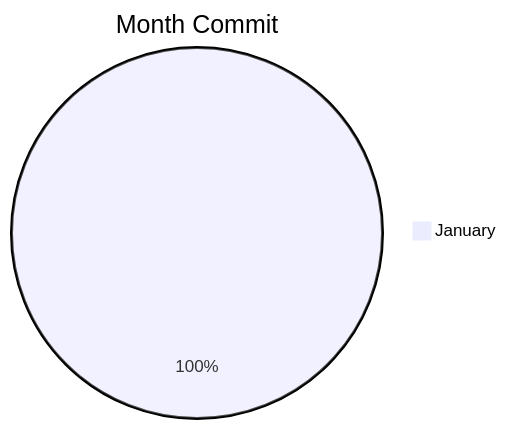
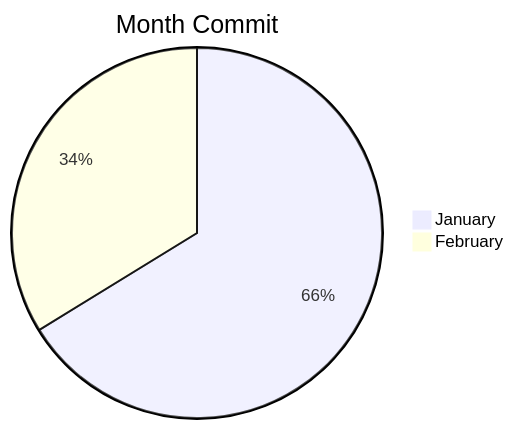
Before and after one commit to BackdevHong/WOC: the first of 2 diagrams in README.md, drawn with Mermaid. The commit also changed other lines of this file, not shown here.

````diff
--- a/README.md
+++ b/README.md
@@ -8,4 +9,5 @@
 ```mermaid
 pie title Month Commit
 "January" : 51
+"February" : 26
 ```
````
